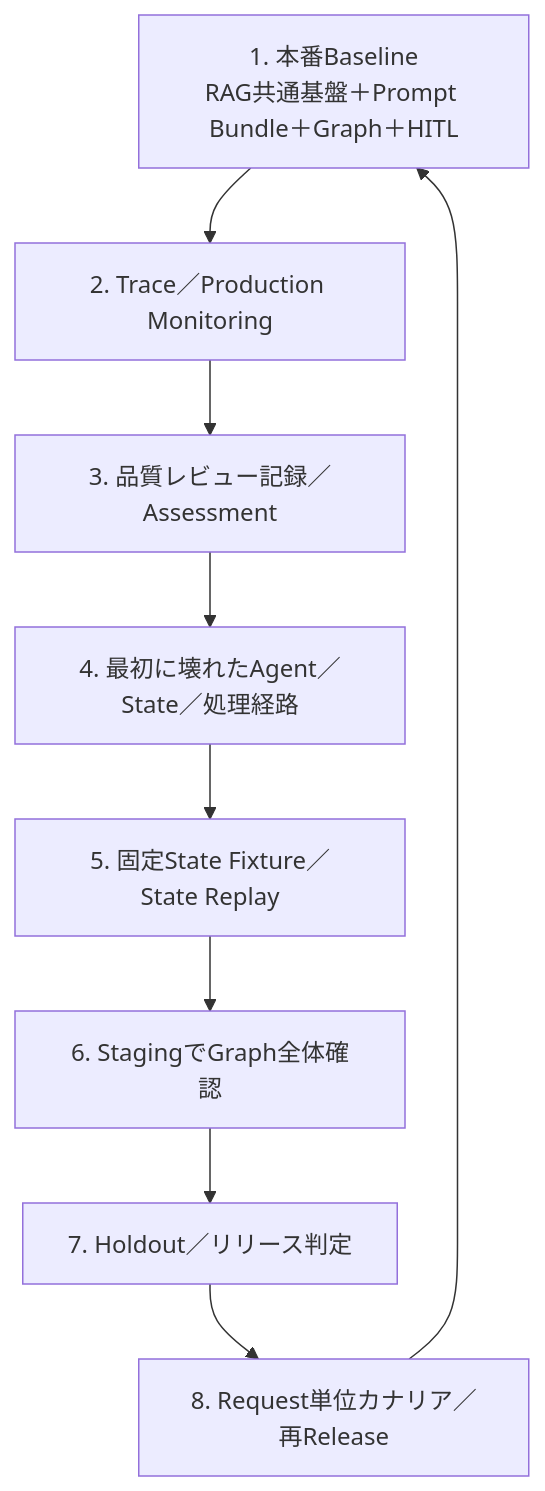
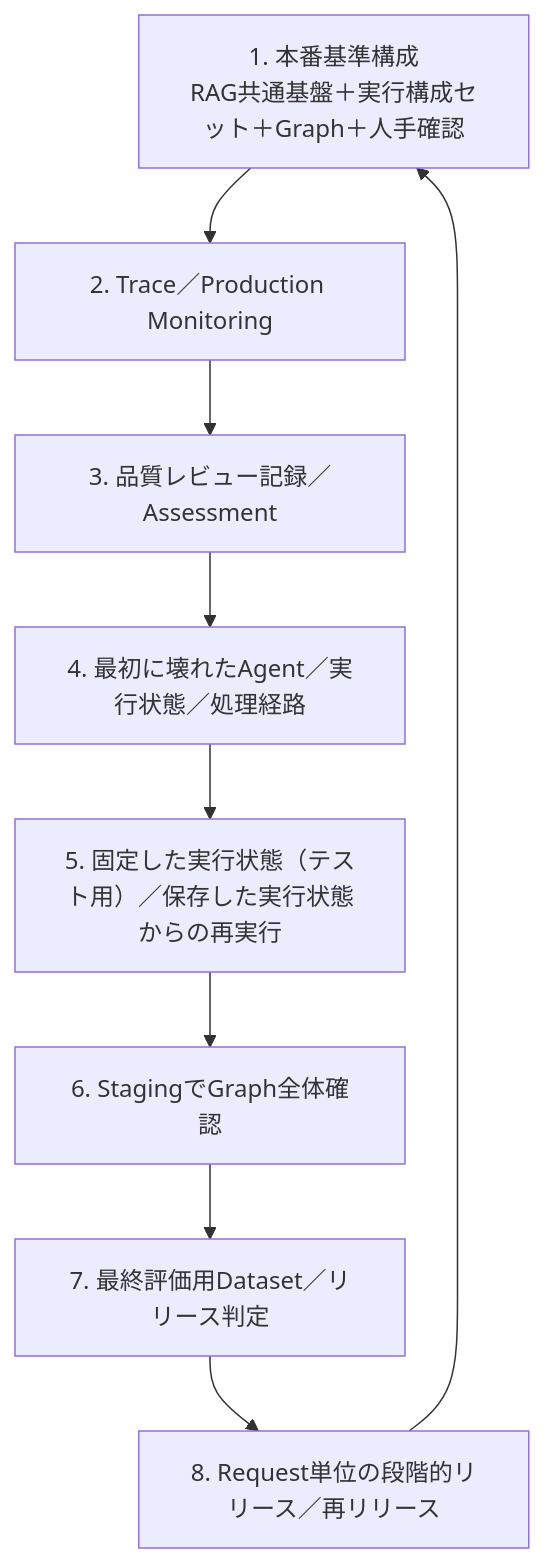
Diagram 15 of 18 in 技術レポート作成マルチエージェント_完成版.md (junTaniguchi/llm_ops), drawn with Mermaid before and after one commit. The commit also changed other lines of this file, not shown here.

````diff
--- a/技術レポート作成マルチエージェント_完成版.md
+++ b/技術レポート作成マルチエージェント_完成版.md
@@ -2884,10 +3218,10 @@
 ```mermaid
 flowchart TD
-    BASE["1. 本番Baseline<br/>RAG共通基盤＋Prompt Bundle＋Graph＋HITL"] --> MON["2. Trace／Production Monitoring"]
+    BASE["1. 本番基準構成<br/>RAG共通基盤＋実行構成セット＋Graph＋人手確認"] --> MON["2. Trace／Production Monitoring"]
     MON --> REV["3. 品質レビュー記録／Assessment"]
-    REV --> CAUSE["4. 最初に壊れたAgent／State／処理経路"]
-    CAUSE --> FIX["5. 固定State Fixture／State Replay"]
+    REV --> CAUSE["4. 最初に壊れたAgent／実行状態／処理経路"]
+    CAUSE --> FIX["5. 固定した実行状態（テスト用）／保存した実行状態からの再実行"]
     FIX --> STG["6. StagingでGraph全体確認"]
-    STG --> GATE["7. Holdout／リリース判定"]
-    GATE --> CAN["8. Request単位カナリア／再Release"] --> BASE
+    STG --> GATE["7. 最終評価用Dataset／リリース判定"]
+    GATE --> CAN["8. Request単位の段階的リリース／再リリース"] --> BASE
 ```
````
